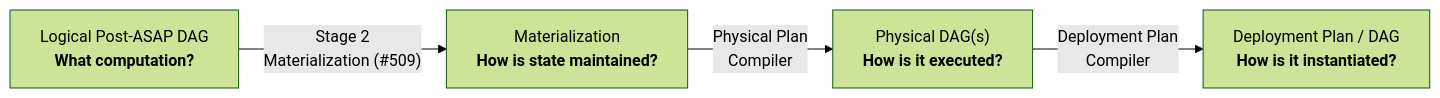
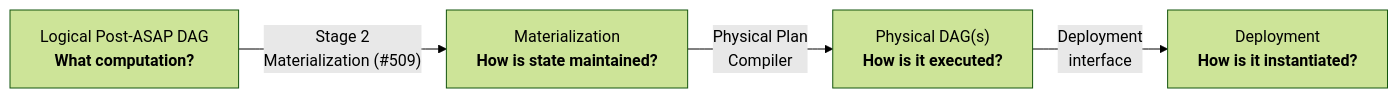
The diagram in docs/design_docs/physical-planning-and-deployment.md (ProjectASAP/ASAPPlanner), drawn with Mermaid (forest theme) before and after one commit. The commit also changed other lines of this file, not shown here.

First line of the commit message:
docs(design): physical DAG to deployment interface (table and view slots, TableProvider, Bindings)

````diff
--- a/docs/design_docs/physical-planning-and-deployment.md
+++ b/docs/design_docs/physical-planning-and-deployment.md
@@ -7,11 +7,11 @@
 ```mermaid
 flowchart LR
     L["Logical Post-ASAP DAG<br/><b>What computation?</b>"]
     M["Materialization<br/><b>How is state maintained?</b>"]
     P["Physical DAG(s)<br/><b>How is it executed?</b>"]
-    D["Deployment Plan / DAG<br/><b>How is it instantiated?</b>"]
+    D["Deployment<br/><b>How is it instantiated?</b>"]
 
     L -->|"Stage 2<br/>Materialization (#509)"| M
     M -->|"Physical Plan<br/>Compiler"| P
-    P -->|"Deployment Plan<br/>Compiler"| D
+    P -->|"Deployment<br/>interface"| D
 ```
````
